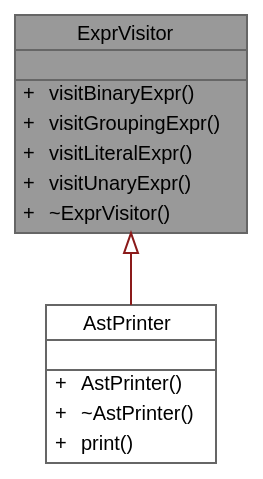
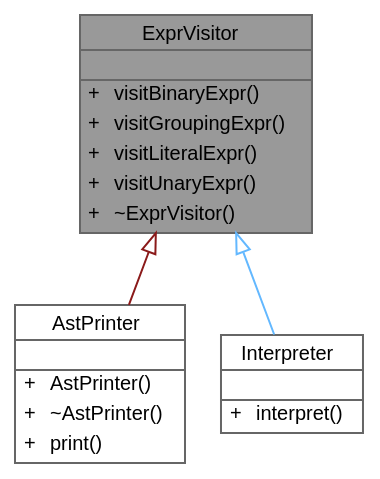
One commit to helcsnewsxd/gsc-interpreter changed the diagram in classExprVisitor__inherit__graph.dot. Above: the diagram before and after it, drawn with Graphviz. The commit also changed 105 other files, not shown here.

```diff
--- a/classExprVisitor__inherit__graph.dot
+++ b/classExprVisitor__inherit__graph.dot
@@ -1,28 +1,36 @@
 digraph "ExprVisitor"
 {
  // LATEX_PDF_SIZE
   bgcolor="transparent";
   edge [fontname=Helvetica,fontsize=10,labelfontname=Helvetica,labelfontsize=10];
   node [fontname=Helvetica,fontsize=10,shape=box,height=0.2,width=0.4];
   Node1 [id="Node000001",shape=plain,label=<<TABLE CELLBORDER="0" BORDER="1"><TR><TD COLSPAN="2" CELLPADDING="1" CELLSPACING="0">ExprVisitor</TD></TR>
 <HR/>
 <TR><TD COLSPAN="2" CELLPADDING="1" CELLSPACING="0">&nbsp;</TD></TR>
 <HR/>
 <TR><TD VALIGN="top" CELLPADDING="1" CELLSPACING="0">+</TD><TD VALIGN="top" ALIGN="LEFT" CELLPADDING="1" CELLSPACING="0">visitBinaryExpr()<BR ALIGN="LEFT"/></TD></TR>
 <TR><TD VALIGN="top" CELLPADDING="1" CELLSPACING="0">+</TD><TD VALIGN="top" ALIGN="LEFT" CELLPADDING="1" CELLSPACING="0">visitGroupingExpr()<BR ALIGN="LEFT"/></TD></TR>
 <TR><TD VALIGN="top" CELLPADDING="1" CELLSPACING="0">+</TD><TD VALIGN="top" ALIGN="LEFT" CELLPADDING="1" CELLSPACING="0">visitLiteralExpr()<BR ALIGN="LEFT"/></TD></TR>
 <TR><TD VALIGN="top" CELLPADDING="1" CELLSPACING="0">+</TD><TD VALIGN="top" ALIGN="LEFT" CELLPADDING="1" CELLSPACING="0">visitUnaryExpr()<BR ALIGN="LEFT"/></TD></TR>
 <TR><TD VALIGN="top" CELLPADDING="1" CELLSPACING="0">+</TD><TD VALIGN="top" ALIGN="LEFT" CELLPADDING="1" CELLSPACING="0">~ExprVisitor()<BR ALIGN="LEFT"/></TD></TR>
 </TABLE>>
 ,height=0.2,width=0.4,color="gray40", fillcolor="grey60", style="filled", fontcolor="black",tooltip="Abstract base class for expression visitors."];
   Node1 -> Node2 [id="edge1_Node000001_Node000002",dir="back",color="firebrick4",style="solid",tooltip=" ",arrowtail="onormal"];
   Node2 [id="Node000002",shape=plain,label=<<TABLE CELLBORDER="0" BORDER="1"><TR><TD COLSPAN="2" CELLPADDING="1" CELLSPACING="0">AstPrinter</TD></TR>
 <HR/>
 <TR><TD COLSPAN="2" CELLPADDING="1" CELLSPACING="0">&nbsp;</TD></TR>
 <HR/>
 <TR><TD VALIGN="top" CELLPADDING="1" CELLSPACING="0">+</TD><TD VALIGN="top" ALIGN="LEFT" CELLPADDING="1" CELLSPACING="0">AstPrinter()<BR ALIGN="LEFT"/></TD></TR>
 <TR><TD VALIGN="top" CELLPADDING="1" CELLSPACING="0">+</TD><TD VALIGN="top" ALIGN="LEFT" CELLPADDING="1" CELLSPACING="0">~AstPrinter()<BR ALIGN="LEFT"/></TD></TR>
 <TR><TD VALIGN="top" CELLPADDING="1" CELLSPACING="0">+</TD><TD VALIGN="top" ALIGN="LEFT" CELLPADDING="1" CELLSPACING="0">print()<BR ALIGN="LEFT"/></TD></TR>
 </TABLE>>
 ,height=0.2,width=0.4,color="gray40", fillcolor="white", style="filled",URL="$classAstPrinter.html",tooltip="Class for printing the abstract syntax tree (AST)."];
+  Node1 -> Node3 [id="edge2_Node000001_Node000003",dir="back",color="steelblue1",style="solid",tooltip=" ",arrowtail="onormal"];
+  Node3 [id="Node000003",shape=plain,label=<<TABLE CELLBORDER="0" BORDER="1"><TR><TD COLSPAN="2" CELLPADDING="1" CELLSPACING="0">Interpreter</TD></TR>
+<HR/>
+<TR><TD COLSPAN="2" CELLPADDING="1" CELLSPACING="0">&nbsp;</TD></TR>
+<HR/>
+<TR><TD VALIGN="top" CELLPADDING="1" CELLSPACING="0">+</TD><TD VALIGN="top" ALIGN="LEFT" CELLPADDING="1" CELLSPACING="0">interpret()<BR ALIGN="LEFT"/></TD></TR>
+</TABLE>>
+,height=0.2,width=0.4,color="gray40", fillcolor="white", style="filled",URL="$classInterpreter.html",tooltip="The Interpreter class evaluates expressions in the GSC language."];
 }
```
